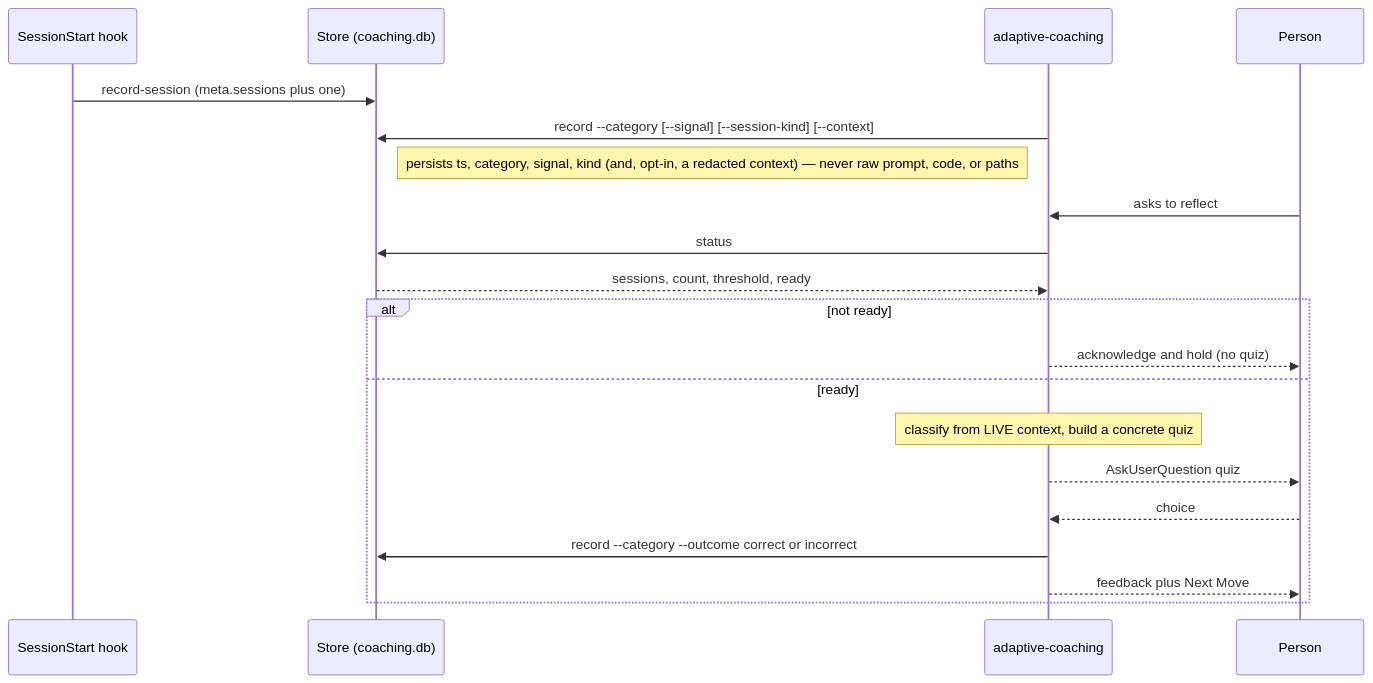
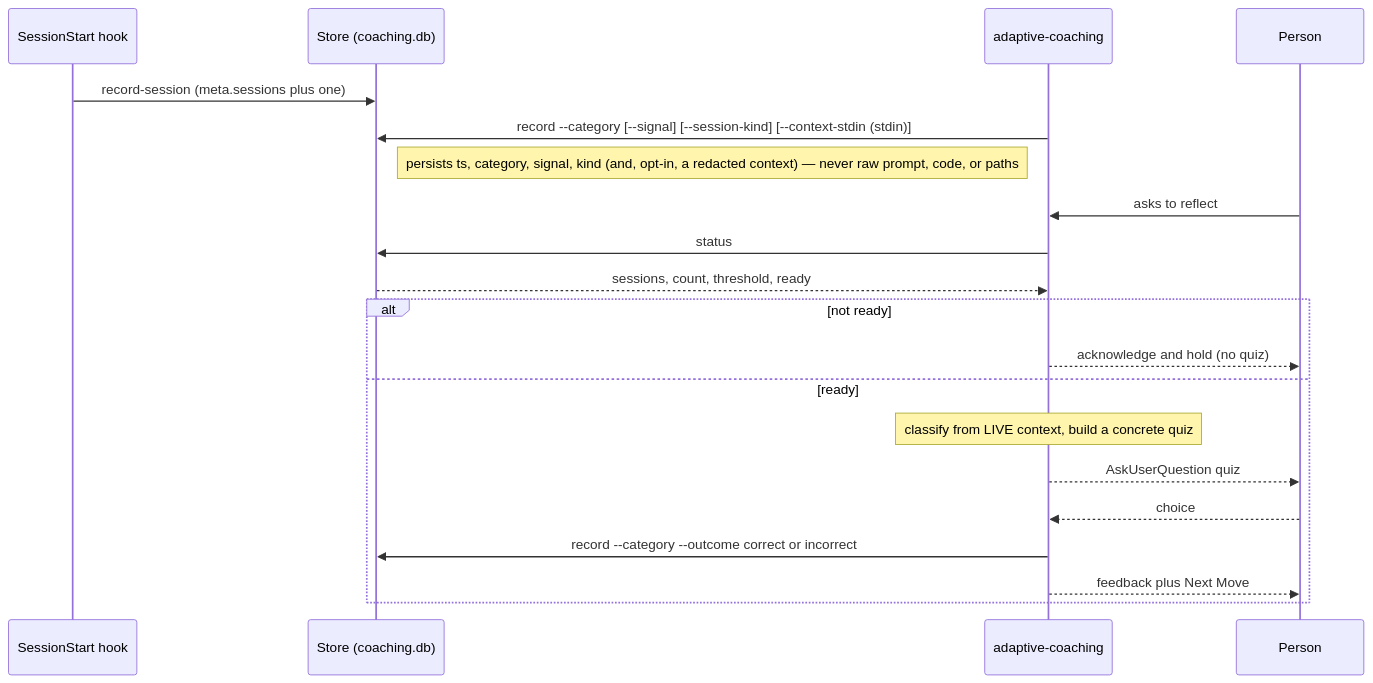
One commit to tvna/clairvoyance changed the second of 2 diagrams in docs/hooks.md. Above: the diagram before and after it, drawn with Mermaid. The commit also changed other lines of this file and 4 other files, not shown here.

First line of the commit message:
fix(adaptive-store): read raw context from stdin; add Windows CI

````diff
--- a/docs/hooks.md
+++ b/docs/hooks.md
@@ -84,22 +86,22 @@
 ```mermaid
 sequenceDiagram
     participant H as SessionStart hook
     participant S as Store (coaching.db)
     participant A as adaptive-coaching
     participant P as Person
     H->>S: record-session (meta.sessions plus one)
-    A->>S: record --category [--signal] [--session-kind] [--context]
+    A->>S: record --category [--signal] [--session-kind] [--context-stdin (stdin)]
     Note right of S: persists ts, category, signal, kind (and, opt-in, a redacted context) — never raw prompt, code, or paths
     P->>A: asks to reflect
     A->>S: status
     S-->>A: sessions, count, threshold, ready
     alt not ready
         A-->>P: acknowledge and hold (no quiz)
     else ready
         Note over A: classify from LIVE context, build a concrete quiz
         A-->>P: AskUserQuestion quiz
         P-->>A: choice
         A->>S: record --category --outcome correct or incorrect
         A-->>P: feedback plus Next Move
     end
 ```
````
